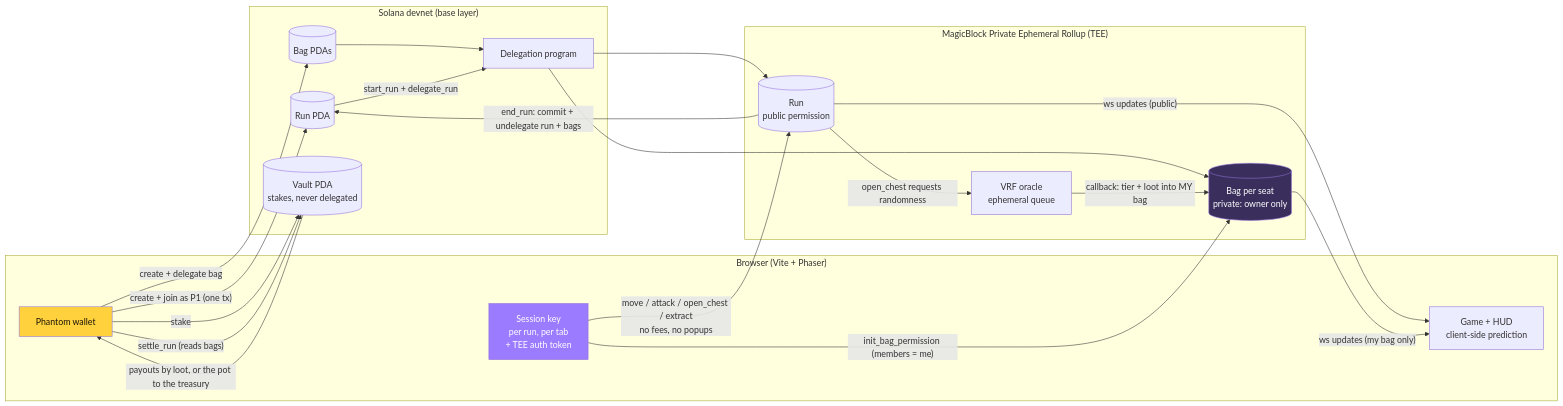
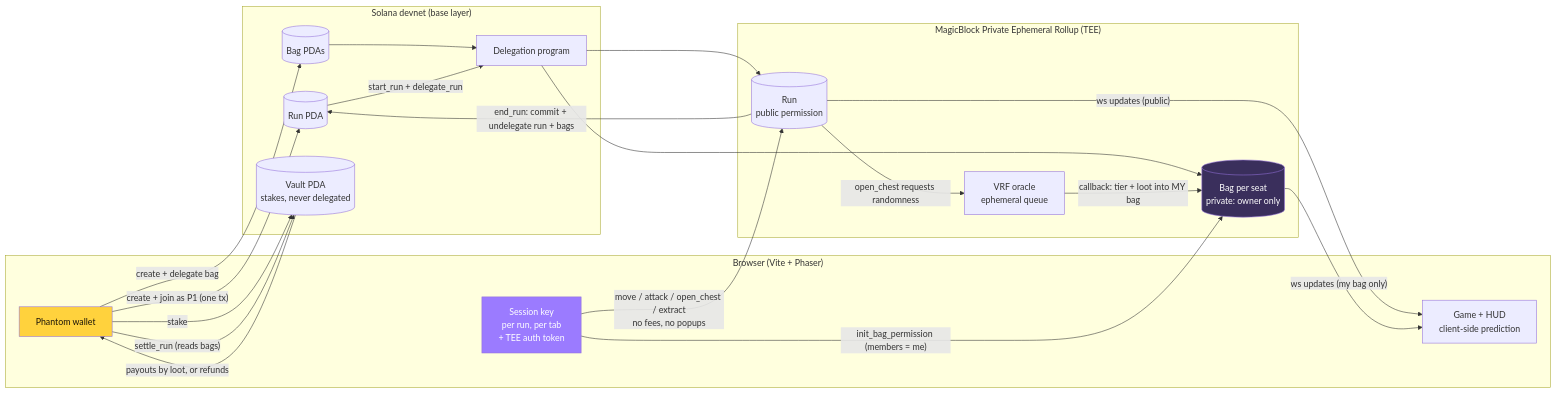
Before and after one commit to nisargpatel7042lva/extraction-dungeon: the diagram in README.md, drawn with Mermaid. The commit also changed other lines of this file and 8 other files, not shown here.

First line of the commit message:
Refunds again when nobody escapes; treasury kept behind KEEP_UNCLAIMED_POT

````diff
--- a/README.md
+++ b/README.md
@@ -148,39 +149,39 @@
 ```mermaid
 flowchart LR
   subgraph Browser["Browser (Vite + Phaser)"]
     W[Phantom wallet]:::w
     S[Session key<br/>per run, per tab<br/>+ TEE auth token]:::s
     UI[Game + HUD<br/>client-side prediction]
   end
 
   subgraph Base["Solana devnet (base layer)"]
     R0[(Run PDA)]
     B0[(Bag PDAs)]
     V[(Vault PDA<br/>stakes, never delegated)]
     DP[Delegation program]
   end
 
   subgraph PER["MagicBlock Private Ephemeral Rollup (TEE)"]
     R1[(Run<br/>public permission)]
     B1[(Bag per seat<br/>private: owner only)]:::p
     VRF[VRF oracle<br/>ephemeral queue]
   end
 
   W -- "create + join as P1 (one tx)" --> R0
   W -- "stake" --> V
   W -- "create + delegate bag" --> B0 --> DP --> B1
   R0 -- "start_run + delegate_run" --> DP --> R1
   S -- "init_bag_permission (members = me)" --> B1
   S -- "move / attack / open_chest / extract<br/>no fees, no popups" --> R1
   R1 -- "open_chest requests randomness" --> VRF
   VRF -- "callback: tier + loot into MY bag" --> B1
   R1 -- "ws updates (public)" --> UI
   B1 -- "ws updates (my bag only)" --> UI
   R1 -- "end_run: commit + undelegate run + bags" --> R0
   W -- "settle_run (reads bags)" --> V
-  V -- "payouts by loot, or the pot to the treasury" --> W
+  V -- "payouts by loot, or refunds" --> W
 
   classDef w fill:#ffd23d,color:#1a1408
   classDef s fill:#9b7bff,color:#fff
   classDef p fill:#3a2f5c,color:#fff
 ```
````
